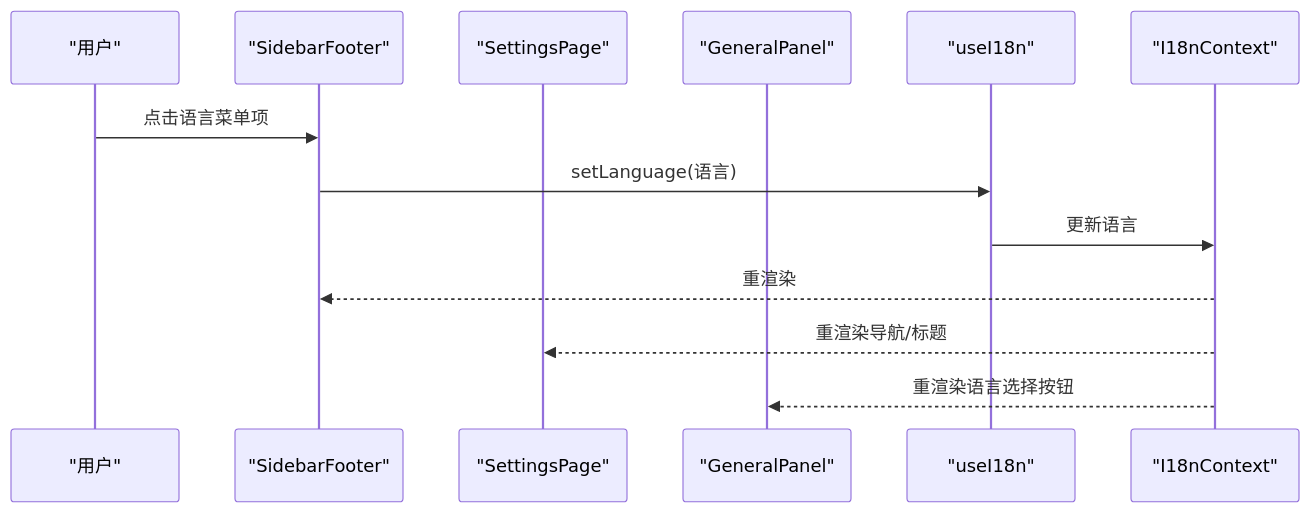
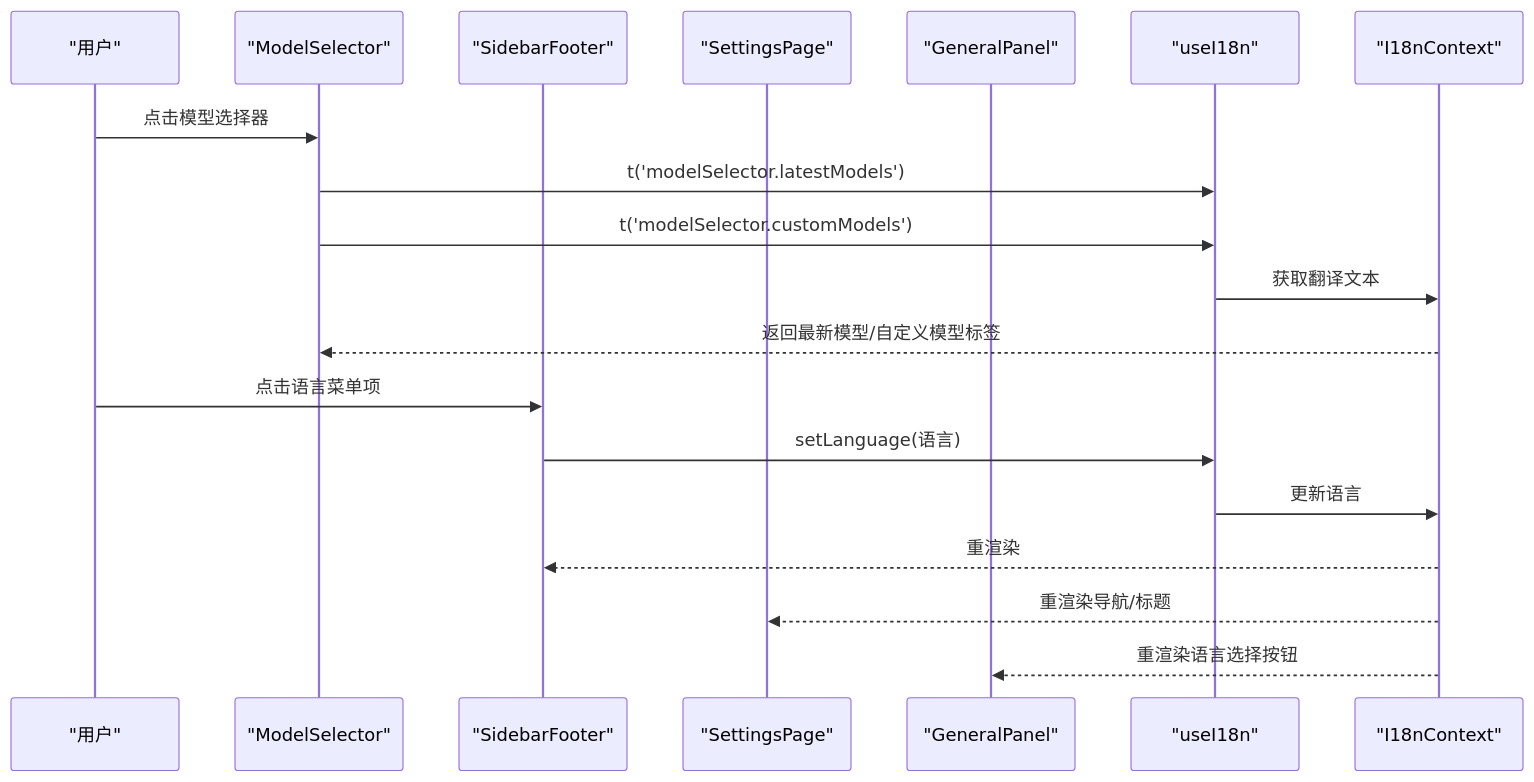
One commit to RabbitAI-Lab/RabbitCoding changed the fifth of 7 diagrams in .qoder/repowiki/zh/content/国际化支持.md. Above: the diagram before and after it, drawn with Mermaid. The commit also changed other lines of this file and 66 other files, not shown here.

````diff
--- a/.qoder/repowiki/zh/content/国际化支持.md
+++ b/.qoder/repowiki/zh/content/国际化支持.md
@@ -227,15 +247,21 @@
 ```mermaid
 sequenceDiagram
 participant U as "用户"
+participant MS as "ModelSelector"
 participant SF as "SidebarFooter"
 participant SP as "SettingsPage"
 participant GP as "GeneralPanel"
 participant Hook as "useI18n"
 participant Ctx as "I18nContext"
+U->>MS : 点击模型选择器
+MS->>Hook : t('modelSelector.latestModels')
+MS->>Hook : t('modelSelector.customModels')
+Hook->>Ctx : 获取翻译文本
+Ctx-->>MS : 返回最新模型/自定义模型标签
 U->>SF : 点击语言菜单项
 SF->>Hook : setLanguage(语言)
 Hook->>Ctx : 更新语言
 Ctx-->>SF : 重渲染
 Ctx-->>SP : 重渲染导航/标题
 Ctx-->>GP : 重渲染语言选择按钮
 ```
````
